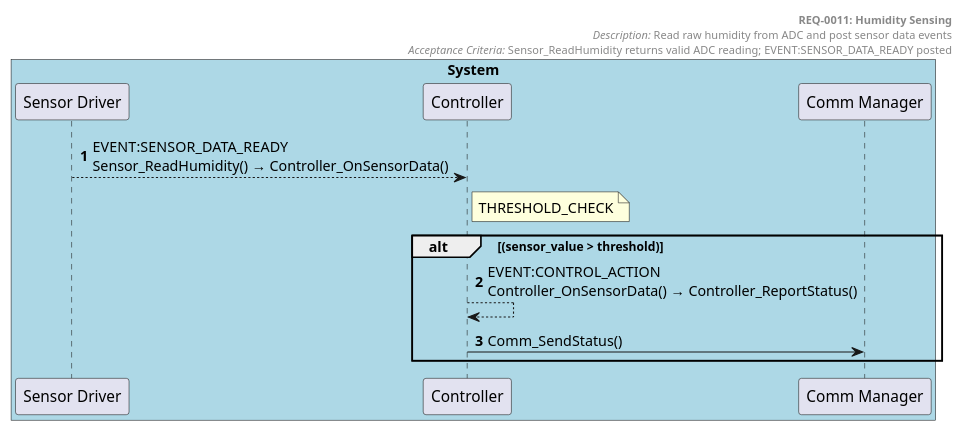
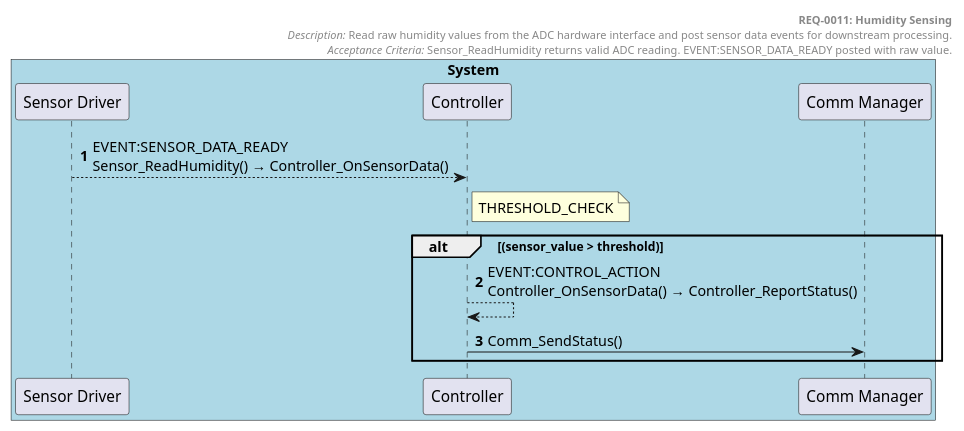
The diagram in docs/generated/sequences/REQ-0011.puml (tvanfossen/doxygen-guard-example), drawn with PlantUML before and after one commit. The commit also changed 19 other files, not shown here.

```diff
--- a/docs/generated/sequences/REQ-0011.puml
+++ b/docs/generated/sequences/REQ-0011.puml
@@ -1,24 +1,24 @@
 @startuml REQ-0011 Humidity Sensing
 autonumber
 
 box "System" #LightBlue
   participant "Sensor Driver" as Sensor_Driver
   participant "Controller" as Controller
   participant "Comm Manager" as Comm_Manager
 end box
 
 header
   **REQ-0011: Humidity Sensing**
-  //Description:// Read raw humidity from ADC and post sensor data events
-  //Acceptance Criteria:// Sensor_ReadHumidity returns valid ADC reading; EVENT:SENSOR_DATA_READY posted
+  //Description:// Read raw humidity values from the ADC hardware interface and post sensor data events for downstream processing.
+  //Acceptance Criteria:// Sensor_ReadHumidity returns valid ADC reading. EVENT:SENSOR_DATA_READY posted with raw value.
 end header
 
 
 Sensor_Driver --> Controller: EVENT:SENSOR_DATA_READY\nSensor_ReadHumidity() → Controller_OnSensorData()
 note right of Controller: THRESHOLD_CHECK
 alt (sensor_value > threshold)
 Controller --> Controller: EVENT:CONTROL_ACTION\nController_OnSensorData() → Controller_ReportStatus()
 Controller -> Comm_Manager: Comm_SendStatus()
 end alt
 
 @enduml
```
